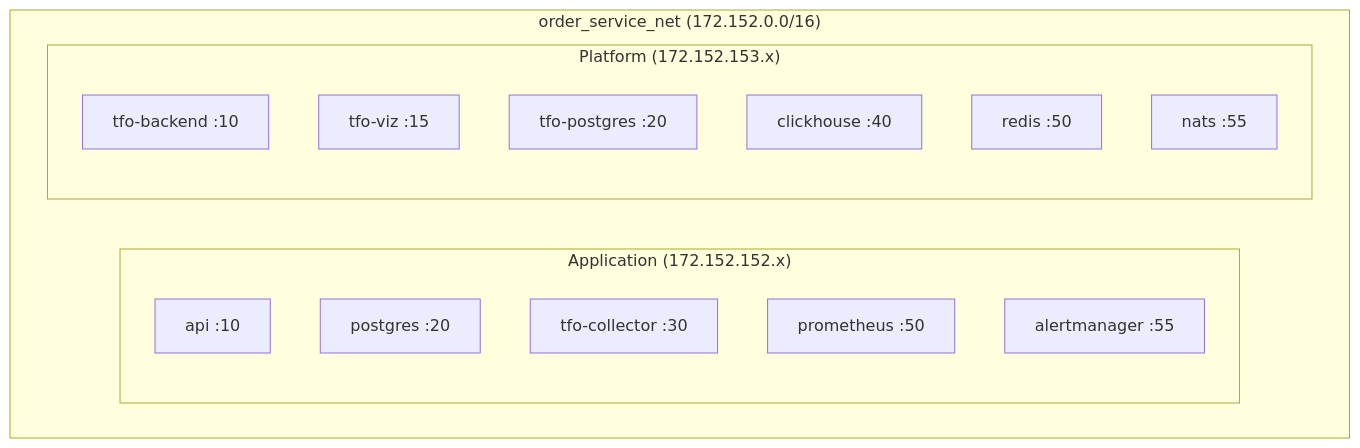
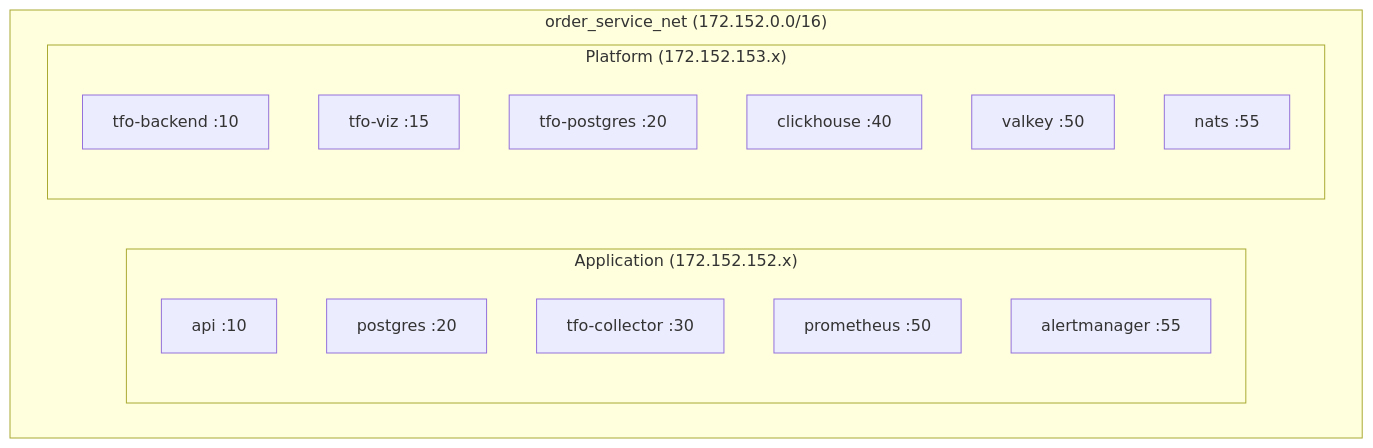
Before and after one commit to telemetryflow/demo-kiro-sdd: the second of 3 diagrams in docs/wiki/Docker-Compose.md, drawn with Mermaid. The commit also changed other lines of this file and 5 other files, not shown here.

First line of the commit message:
feat(infra): replace Redis with Valkey and bump containers to latest

````diff
--- a/docs/wiki/Docker-Compose.md
+++ b/docs/wiki/Docker-Compose.md
@@ -116,20 +119,20 @@
 ```mermaid
 graph TB
     subgraph Network["order_service_net (172.152.0.0/16)"]
         subgraph App["Application (172.152.152.x)"]
             A10["api :10"]
             A20["postgres :20"]
             A30["tfo-collector :30"]
             A50["prometheus :50"]
             A55["alertmanager :55"]
         end
         subgraph Platform["Platform (172.152.153.x)"]
             P10["tfo-backend :10"]
             P15["tfo-viz :15"]
             P20["tfo-postgres :20"]
             P40["clickhouse :40"]
-            P50["redis :50"]
+            P50["valkey :50"]
             P55["nats :55"]
         end
     end
 ```
````
